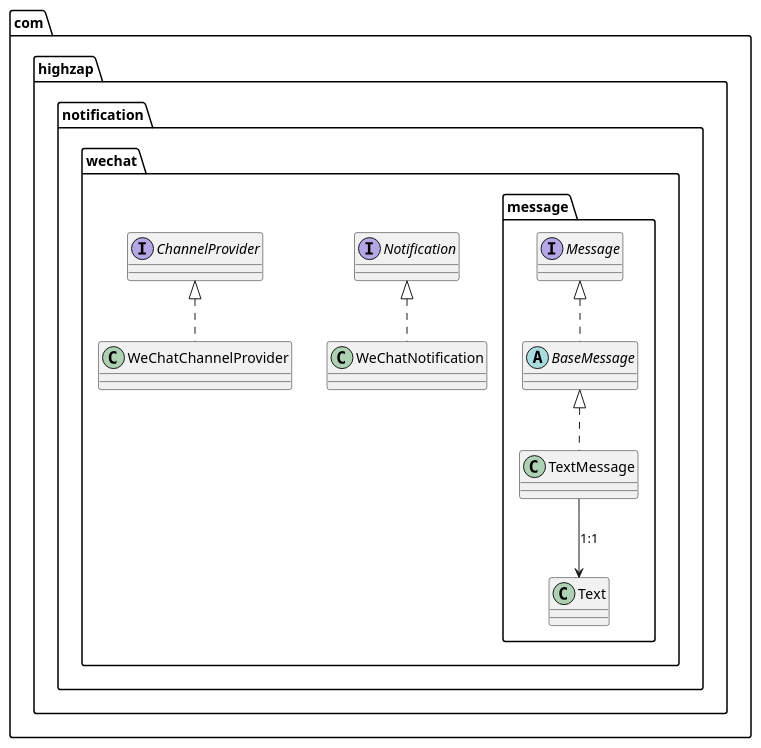
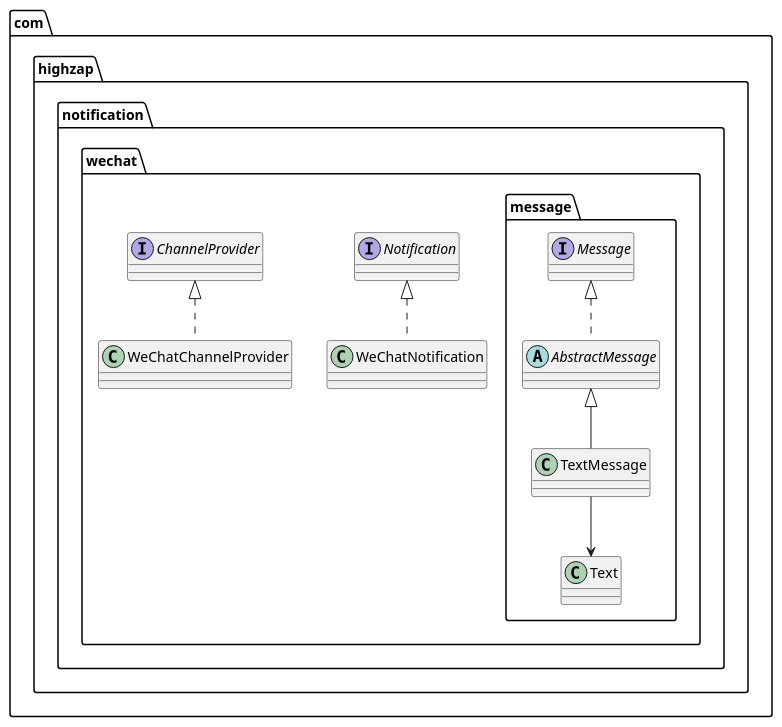
Before and after one commit to JL-Code/thinking-in-java: the diagram in mnc-poc/doc/MNC-WeChat-Class.puml, drawn with PlantUML. The commit also changed 222 other files, not shown here.

```diff
--- a/mnc-poc/doc/MNC-WeChat-Class.puml
+++ b/mnc-poc/doc/MNC-WeChat-Class.puml
@@ -1,17 +1,18 @@
 @startuml
 'https://plantuml.com/class-diagram
 
 package com.highzap.notification.wechat {
 
     class WeChatNotification implements Notification { }
     class WeChatChannelProvider implements ChannelProvider {}
 
     package com.highzap.notification.wechat.message{
-         abstract class BaseMessage implements Message {}
-         class TextMessage implements BaseMessage {}
+         abstract class AbstractMessage implements Message {}
+         class TextMessage extends AbstractMessage {}
          class Text{}
-         TextMessage --> Text:1:1
+
+         TextMessage --> Text
     }
 }
 
 @enduml
```
